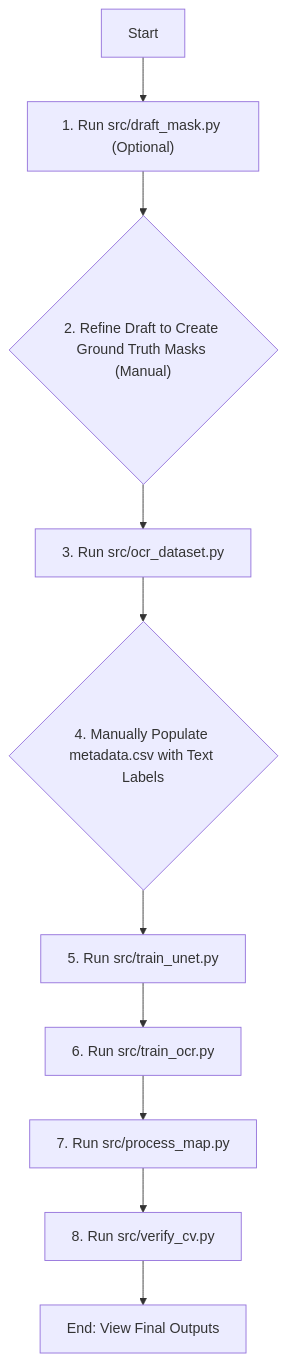
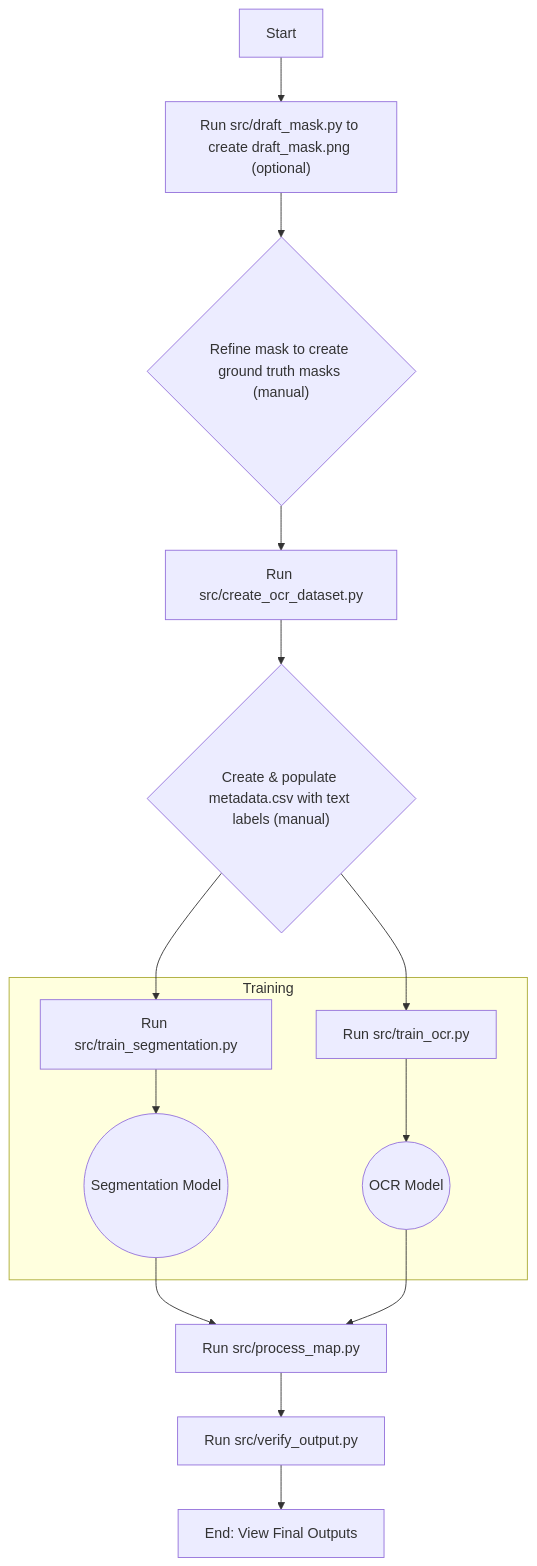
The diagram in README.md (owhonda-moses/map-digitization), drawn with Mermaid before and after one commit. The commit also changed other lines of this file, not shown here.

````diff
--- a/README.md
+++ b/README.md
@@ -40,13 +40,16 @@
 ```mermaid
 flowchart TD
-    A["Start"]
-    --> B["1. Run src/draft_mask.py (Optional)"]
-    --> C{"2. Refine Draft to Create Ground Truth Masks (Manual)"}
-    --> D["3. Run src/ocr_dataset.py"]
-    --> E{"4. Manually Populate metadata.csv with Text Labels"}
-    --> F["5. Run src/train_unet.py"]
-    --> G["6. Run src/train_ocr.py"]
-    --> H["7. Run src/process_map.py"]
-    --> I["8. Run src/verify_cv.py"]
-    --> J["End: View Final Outputs"]
+    A["Start"] --> B["Run src/draft_mask.py to create draft_mask.png (optional)"]
+    B --> C{"Refine mask to create ground truth masks (manual)"}
+    C --> D["Run src/create_ocr_dataset.py"]
+    D --> E{"Create & populate metadata.csv with text labels (manual)"}
+    E --> F["Run src/train_segmentation.py"]
+    E --> G["Run src/train_ocr.py"]
+    subgraph Training
+        F --> H((Segmentation Model))
+        G --> I((OCR Model))
+    end
+    H & I --> J["Run src/process_map.py"]
+    J --> K["Run src/verify_output.py"]
+    K --> L["End: View Final Outputs"]
 ```
````
